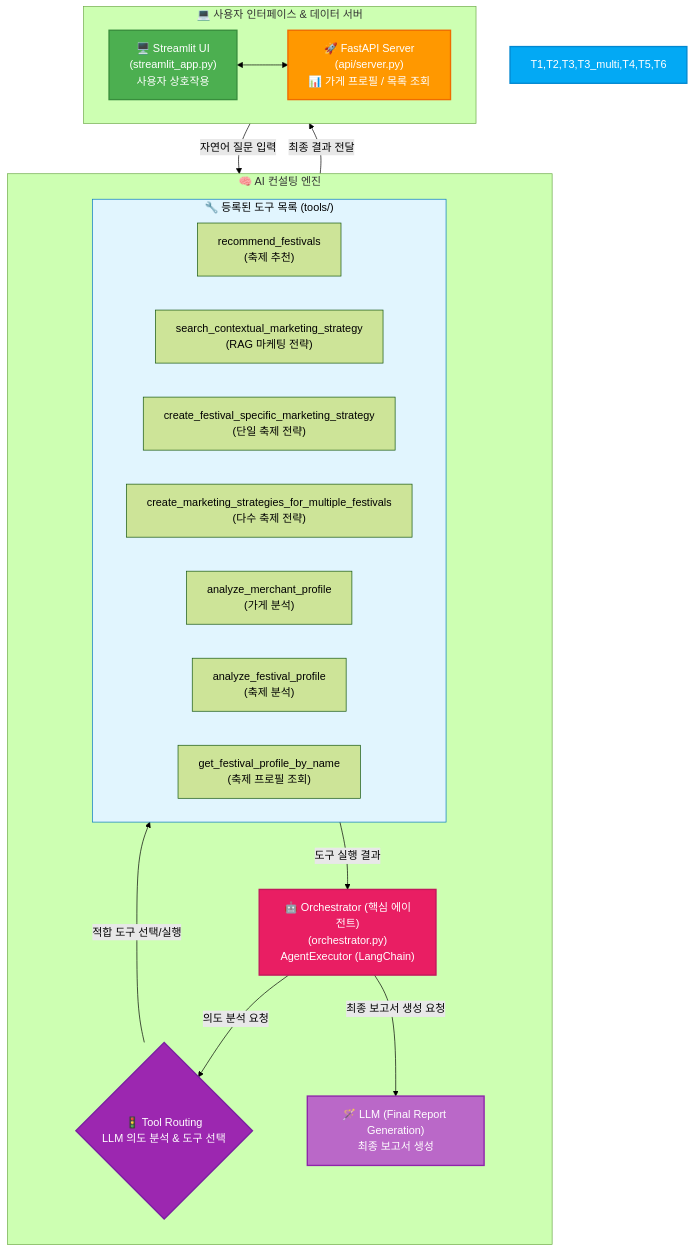
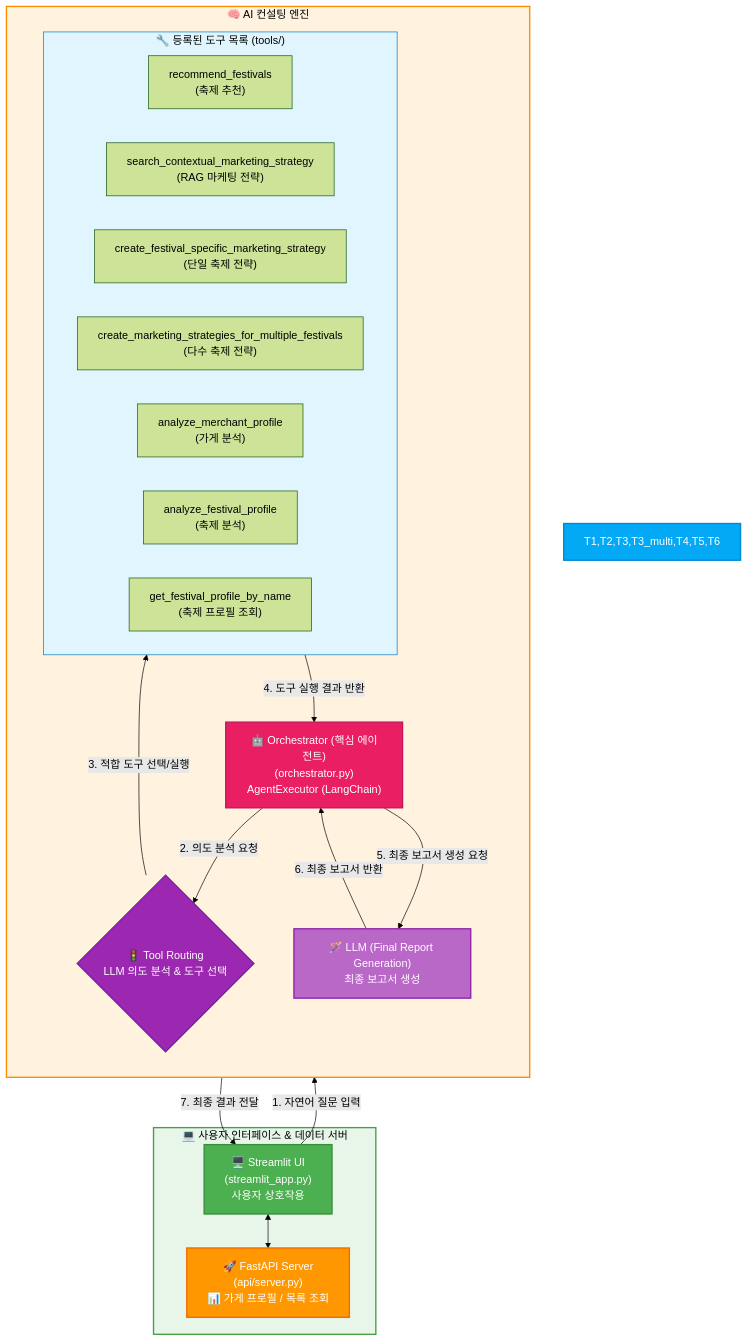
One commit to Synapse-Bigcontest/synapse_streamlit changed the first of 4 diagrams in README.md. Above: the diagram before and after it, drawn with Mermaid (forest theme). The commit also changed other lines of this file, not shown here.

````diff
--- a/README.md
+++ b/README.md
@@ -84,52 +94,58 @@
 ```mermaid
 graph TD
     %% ========================
-    %% AI 컨설팅 엔진 (최상단)
+    %% 1. 사용자 인터페이스 & 데이터 서버 (상단)
+    %% - ★★★ direction LR 제거 (레이아웃 안정화) ★★★
+    %% ========================
+    subgraph SG_UserServer ["💻 사용자 인터페이스 & 데이터 서버"]
+        A["🖥️ Streamlit UI\n(streamlit_app.py)\n사용자 상호작용"] <--> B["🚀 FastAPI Server\n(api/server.py)\n📊 가게 프로필 / 목록 조회"]
+    end
+
+    %% ========================
+    %% 2. AI 컨설팅 엔진 (하단)
+    %% - direction TB: 내부 요소(C, D, SG_Tools, LLM_Final)를 상하로 배치
     %% ========================
     subgraph SG_Engine ["🧠 AI 컨설팅 엔진"]
         direction TB
         C["🤖 Orchestrator (핵심 에이전트)\n(orchestrator.py)\nAgentExecutor (LangChain)"]
         D{"🚦 Tool Routing\nLLM 의도 분석 & 도구 선택"}
 
         subgraph SG_Tools ["🔧 등록된 도구 목록 (tools/)"]
+            %% ★★★ direction TB가 상속되어 도구들이 세로로 정렬됩니다 ★★★
             T1["recommend_festivals\n(축제 추천)"]
             T2["search_contextual_marketing_strategy\n(RAG 마케팅 전략)"]
             T3["create_festival_specific_marketing_strategy\n(단일 축제 전략)"]
             T3_multi["create_marketing_strategies_for_multiple_festivals\n(다수 축제 전략)"]
             T4["analyze_merchant_profile\n(가게 분석)"]
             T5["analyze_festival_profile\n(축제 분석)"]
             T6["get_festival_profile_by_name\n(축제 프로필 조회)"]
         end
 
         LLM_Final["🪄 LLM (Final Report Generation)\n최종 보고서 생성"]
     end
 
     %% ========================
-    %% 사용자 인터페이스 & 데이터 서버 (하단)
+    %% 3. 전체 흐름 연결 (TD 레이아웃 기준)
+    %% - Orchestrator(C)가 중앙 허브 역할을 수행
     %% ========================
-    subgraph SG_UserServer ["💻 사용자 인터페이스 & 데이터 서버"]
-        direction LR
-        A["🖥️ Streamlit UI\n(streamlit_app.py)\n사용자 상호작용"] <--> B["🚀 FastAPI Server\n(api/server.py)\n📊 가게 프로필 / 목록 조회"]
-    end
+    A -- "1. 자연어 질문 입력" --> C
+    C -- "2. 의도 분석 요청" --> D
+    D -- "3. 적합 도구 선택/실행" --> SG_Tools
+    SG_Tools -- "4. 도구 실행 결과 반환" --> C
+    C -- "5. 최종 보고서 생성 요청" --> LLM_Final
+    LLM_Final -- "6. 최종 보고서 반환" --> C
+    C -- "7. 최종 결과 전달" --> A
 
     %% ========================
-    %% 연결 관계 (수정)
-    %% ========================
-    A -- "자연어 질문 입력" --> C
-    C -- "의도 분석 요청" --> D
-    D -- "적합 도구 선택/실행" --> SG_Tools
-    SG_Tools -- "도구 실행 결과" --> C
-    C -- "최종 보고서 생성 요청" --> LLM_Final
-    LLM_Final -- "최종 결과 전달" --> A
-
-    %% ========================
-    %% 스타일 지정 (GitHub 호환)
+    %% 4. 스타일 지정
     %% ========================
     style A fill:#4CAF50,color:#fff,stroke:#388E3C,stroke-width:2px
     style B fill:#FF9800,color:#fff,stroke:#EF6C00,stroke-width:2px
     style C fill:#E91E63,color:#fff,stroke:#C2185B,stroke-width:2px
     style D fill:#9C27B0,color:#fff,stroke:#7B1FA2,stroke-width:2px,shape:diamond
     style SG_Tools fill:#E1F5FE, stroke:#0277BD,color:#000
     style T1,T2,T3,T3_multi,T4,T5,T6 fill:#03A9F4,color:#fff,stroke:#0288D1,stroke-width:2px,shape:hexagon
     style LLM_Final fill:#BA68C8,color:#fff,stroke:#8E24AA,stroke-width:2px
+    style SG_UserServer fill:#E8F5E9,stroke:#43A047,stroke-width:2px,color:#000
+    style SG_Engine fill:#FFF3E0,stroke:#FB8C00,stroke-width:2px,color:#000
 ```
````
